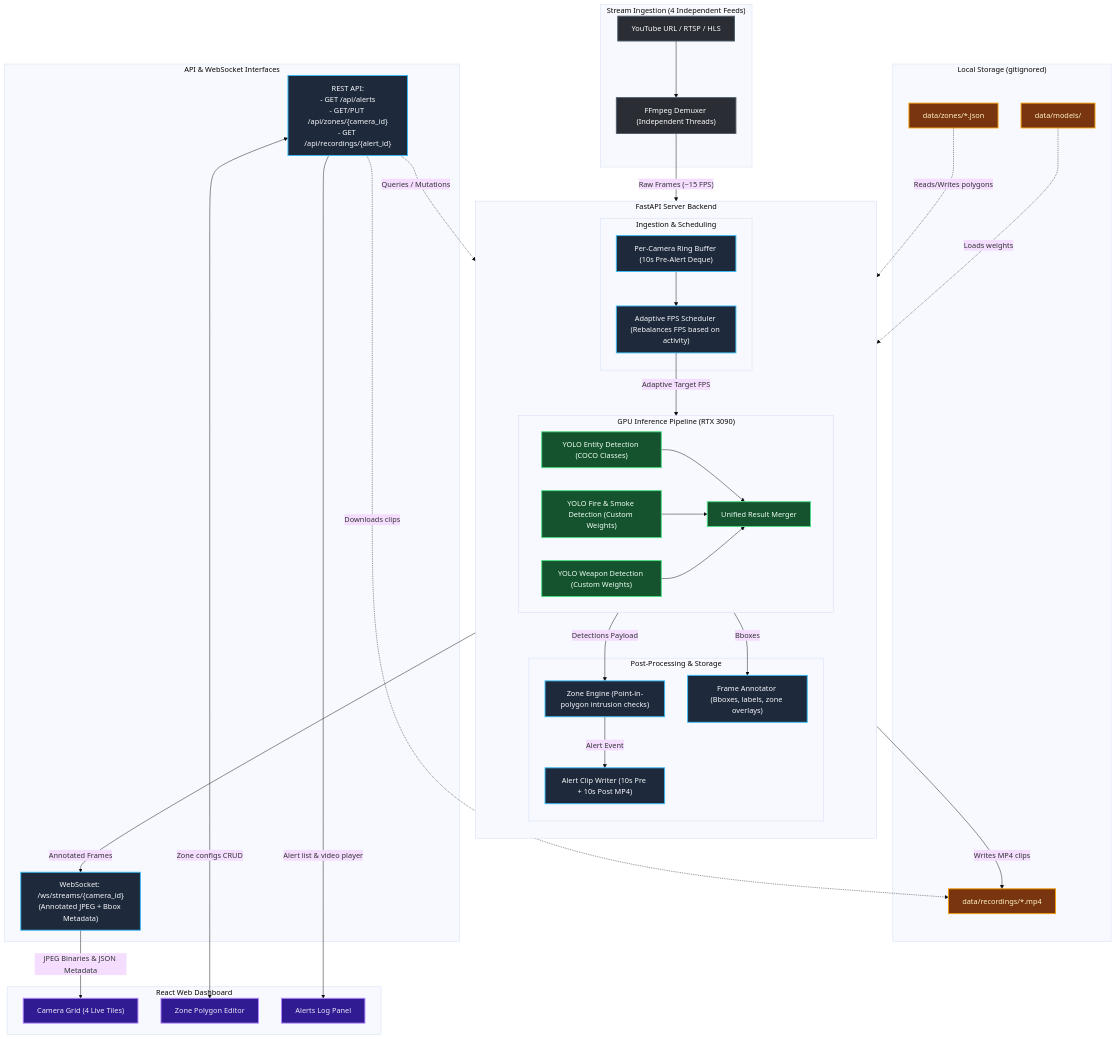
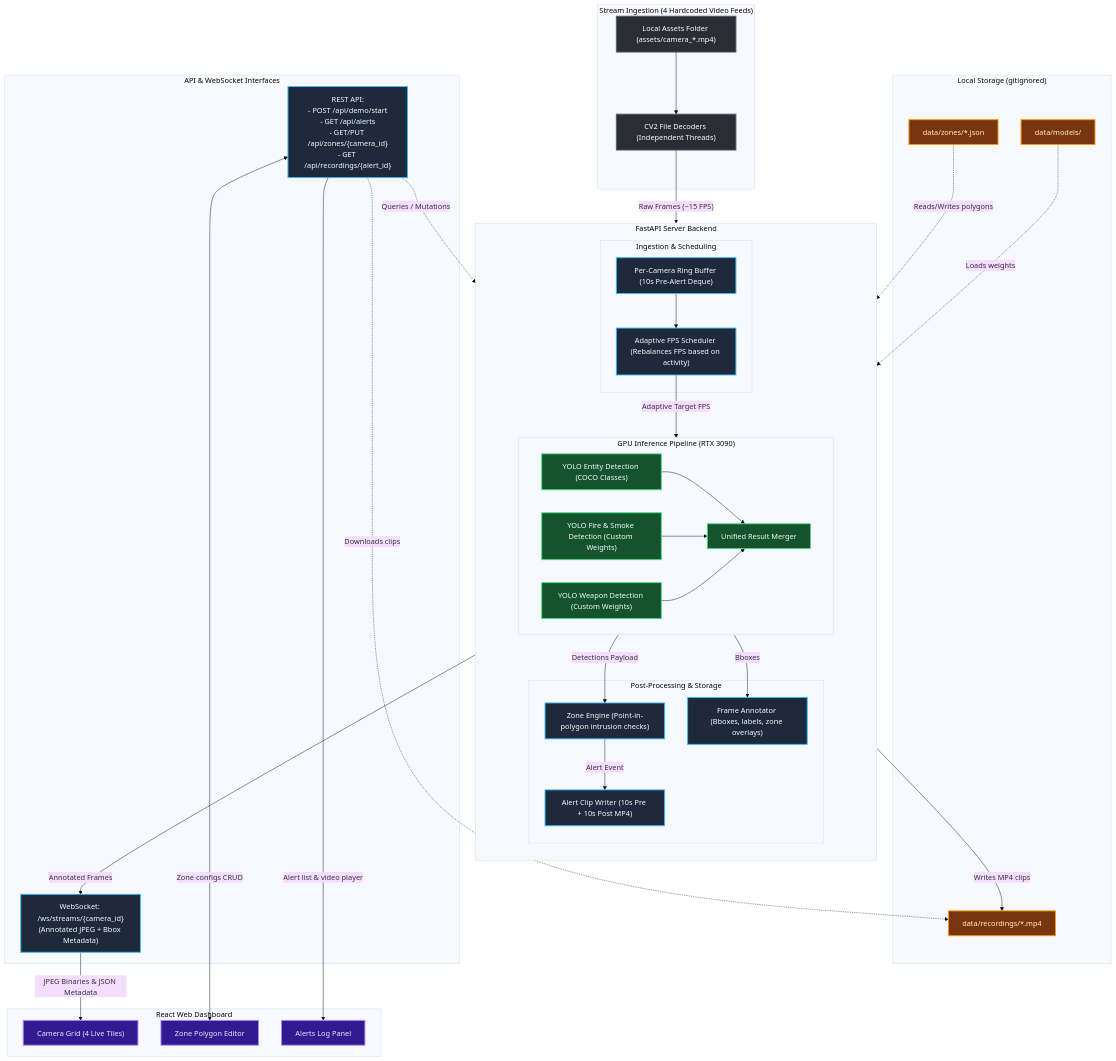
The diagram in docs/architecture/diagram.md (SabihAli/rapideye-demo), drawn with Mermaid (base theme) before and after one commit. The commit also changed other lines of this file and 23 other files, not shown here.

```diff
--- a/docs/architecture/diagram.md
+++ b/docs/architecture/diagram.md
@@ -18,9 +18,9 @@
     %% ---------------------------------------
     %% INPUT LAYER
     %% ---------------------------------------
-    subgraph Inputs ["Stream Ingestion (4 Independent Feeds)"]
-        YT["YouTube URL / RTSP / HLS"]:::inputStyle
-        FF["FFmpeg Demuxer (Independent Threads)"]:::inputStyle
+    subgraph Inputs ["Stream Ingestion (4 Hardcoded Video Feeds)"]
+        YT["Local Assets Folder (assets/camera_*.mp4)"]:::inputStyle
+        FF["CV2 File Decoders (Independent Threads)"]:::inputStyle
         YT --> FF
     end
 
@@ -82,7 +82,7 @@
     %% ---------------------------------------
     subgraph Transport ["API & WebSocket Interfaces"]
         WS_Stream["WebSocket: /ws/streams/{camera_id}\n(Annotated JPEG + Bbox Metadata)"]:::backendStyle
-        REST_API["REST API:\n- GET /api/alerts\n- GET/PUT /api/zones/{camera_id}\n- GET /api/recordings/{alert_id}"]:::backendStyle
+        REST_API["REST API:\n- POST /api/demo/start\n- GET /api/alerts\n- GET/PUT /api/zones/{camera_id}\n- GET /api/recordings/{alert_id}"]:::backendStyle
     end
 
     Annotator -->|"Annotated Frames"| WS_Stream
```
